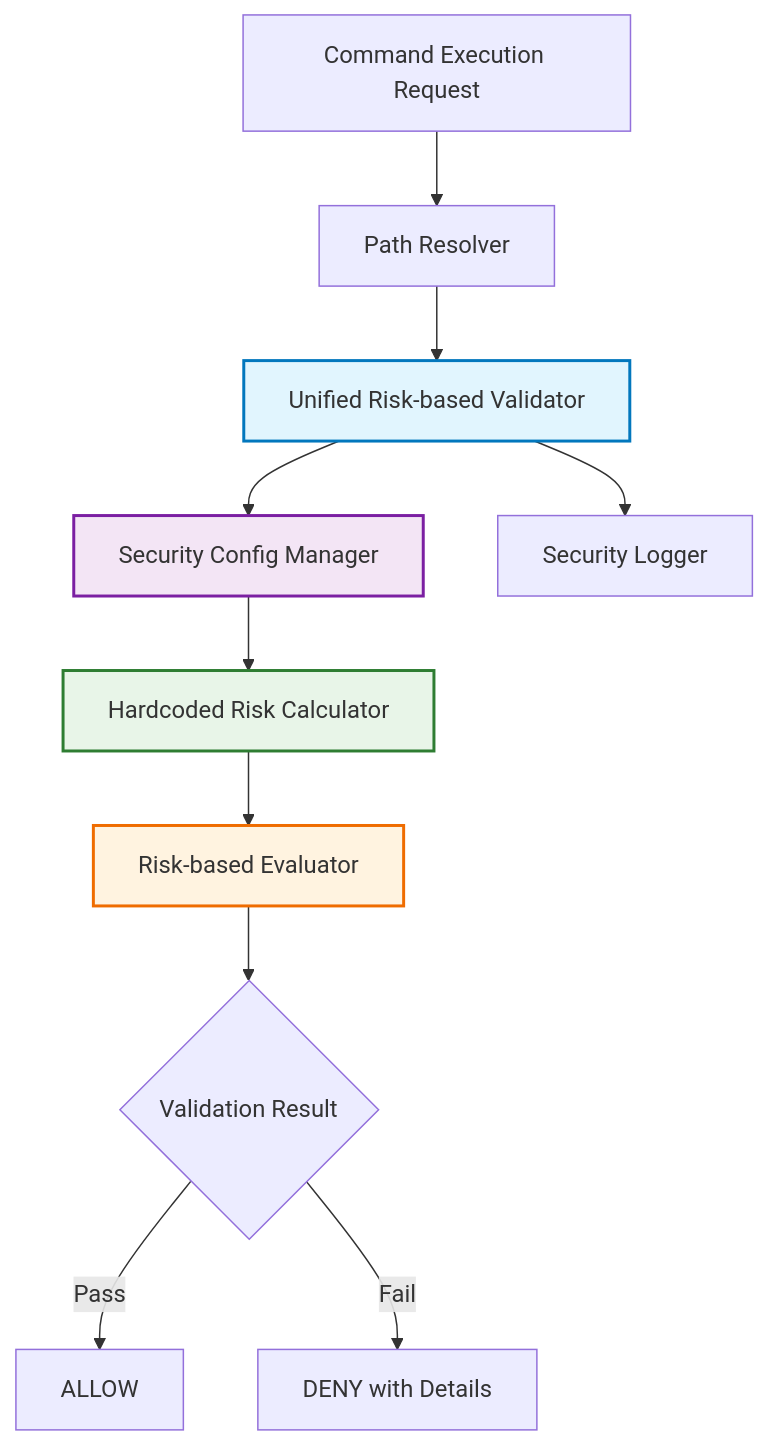
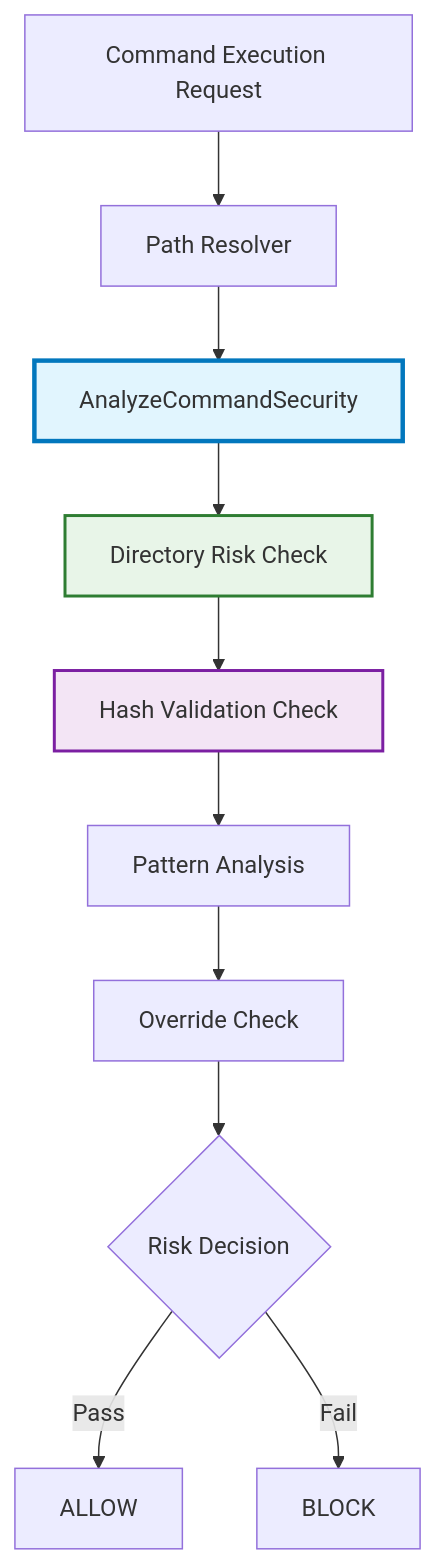
Before and after one commit to isseis/go-safe-cmd-runner: the diagram in docs/tasks/0019_security_validation_unification/02_architecture.md, drawn with Mermaid. The commit also changed other lines of this file and 2 other files, not shown here.

First line of the commit message:
Add detailed specification for unified security validation

````diff
--- a/docs/tasks/0019_security_validation_unification/02_architecture.md
+++ b/docs/tasks/0019_security_validation_unification/02_architecture.md
@@ -17,28 +19,27 @@
 ```mermaid
 flowchart TD
     Request[Command Execution Request]
     PathResolver[Path Resolver]
-    UnifiedValidator[Unified Risk-based Validator]
-    ConfigManager[Security Config Manager]
-    RiskCalculator[Hardcoded Risk Calculator]
-    RiskEvaluator[Risk-based Evaluator]
-    SecurityLogger[Security Logger]
-    Decision{Validation Result}
+    AnalyzeCmd[AnalyzeCommandSecurity]
+    DirCheck[Directory Risk Check]
+    HashCheck[Hash Validation Check]
+    PatternCheck[Pattern Analysis]
+    Override[Override Check]
+    Decision{Risk Decision}
     Allow[ALLOW]
-    Deny[DENY with Details]
+    Block[BLOCK]
 
     Request --> PathResolver
-    PathResolver --> UnifiedValidator
-    UnifiedValidator --> ConfigManager
-    ConfigManager --> RiskCalculator
-    RiskCalculator --> RiskEvaluator
-    RiskEvaluator --> Decision
-    UnifiedValidator --> SecurityLogger
-    Decision --> |Pass| Allow
-    Decision --> |Fail| Deny
+    PathResolver --> AnalyzeCmd
+    AnalyzeCmd --> DirCheck
+    DirCheck --> HashCheck
+    HashCheck --> PatternCheck
+    PatternCheck --> Override
+    Override --> Decision
+    Decision -->|Pass| Allow
+    Decision -->|Fail| Block
 
-    style UnifiedValidator fill:#e1f5fe,stroke:#0277bd,stroke-width:2px
-    style ConfigManager fill:#f3e5f5,stroke:#7b1fa2,stroke-width:2px
-    style RiskCalculator fill:#e8f5e8,stroke:#2e7d32,stroke-width:2px
-    style RiskEvaluator fill:#fff3e0,stroke:#ef6c00,stroke-width:2px
+    style AnalyzeCmd fill:#e1f5fe,stroke:#0277bd,stroke-width:3px
+    style HashCheck fill:#f3e5f5,stroke:#7b1fa2,stroke-width:2px
+    style DirCheck fill:#e8f5e8,stroke:#2e7d32,stroke-width:2px
 ```
````
